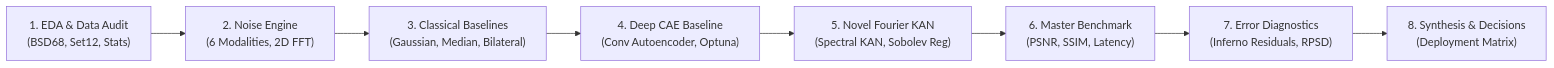
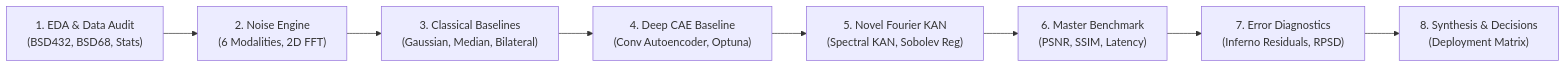
The diagram in README.md (BogdanPinchuk/ComputerVision-PBY_HW16_Course_Project), drawn with Mermaid before and after one commit. The commit also changed other lines of this file and 3 other files, not shown here.

````diff
--- a/README.md
+++ b/README.md
@@ -33,10 +33,10 @@
 ```mermaid
 flowchart LR
-    S1["1. EDA & Data Audit<br/>(BSD68, Set12, Stats)"] --> S2["2. Noise Engine<br/>(6 Modalities, 2D FFT)"]
+    S1["1. EDA & Data Audit<br/>(BSD432, BSD68, Stats)"] --> S2["2. Noise Engine<br/>(6 Modalities, 2D FFT)"]
     S2 --> S3["3. Classical Baselines<br/>(Gaussian, Median, Bilateral)"]
     S3 --> S4["4. Deep CAE Baseline<br/>(Conv Autoencoder, Optuna)"]
     S4 --> S5["5. Novel Fourier KAN<br/>(Spectral KAN, Sobolev Reg)"]
     S5 --> S6["6. Master Benchmark<br/>(PSNR, SSIM, Latency)"]
     S6 --> S7["7. Error Diagnostics<br/>(Inferno Residuals, RPSD)"]
     S7 --> S8["8. Synthesis & Decisions<br/>(Deployment Matrix)"]
 ```
````
